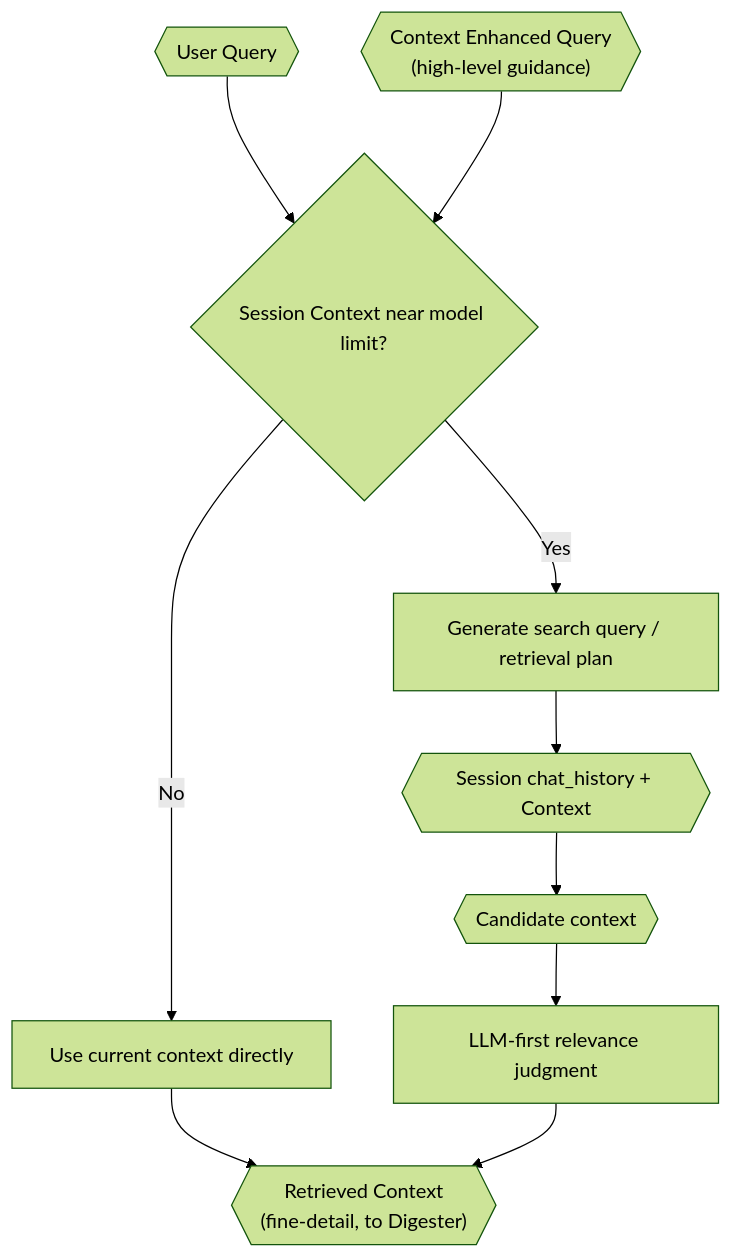
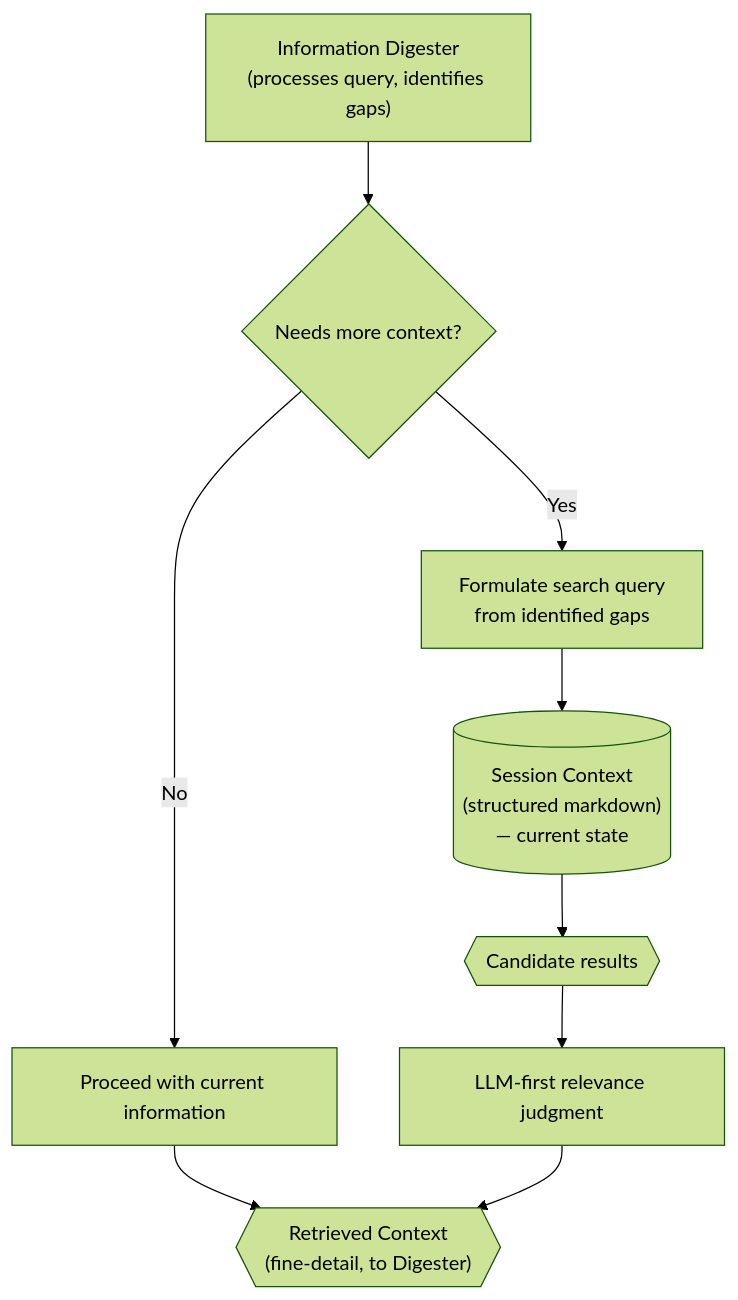
The diagram in src/tinycua/docs/architecture/context-retrieval.md (VJyzCELERY/TINYCUA), drawn with Mermaid (forest theme) before and after one commit. The commit also changed other lines of this file and 6 other files, not shown here.

First line of the commit message:
refactor(docs): separate Enhanced Context Retrieval from Compaction, frame as exploration tool

````diff
--- a/src/tinycua/docs/architecture/context-retrieval.md
+++ b/src/tinycua/docs/architecture/context-retrieval.md
@@ -70,22 +86,20 @@
 ```mermaid
 flowchart TD
-    UQ{{"User Query"}}
-    CEQ_GUIDE{{"Context Enhanced Query\n(high-level guidance)"}}
-    SIZE{"Session Context near model limit?"}
-    DIRECT["Use current context directly"]
-    SEARCH["Generate search query / retrieval plan"]
-    STORE{{"Session chat_history + Context"}}
-    CAND{{"Candidate context"}}
+    DIGESTER["Information Digester\n(processes query, identifies gaps)"]
+    SEARCH_NEED{"Needs more context?"}
+    DIRECT["Proceed with current information"]
+    FORMULATE["Formulate search query\nfrom identified gaps"]
+    SESSION_CTX[("Session Context\n(structured markdown)\n— current state")]
+    CAND{{"Candidate results"}}
     JUDGE["LLM-first relevance judgment"]
     RET_CTX{{"Retrieved Context\n(fine-detail, to Digester)"}}
 
-    UQ --> SIZE
-    CEQ_GUIDE --> SIZE
-    SIZE -->|No| DIRECT
+    DIGESTER --> SEARCH_NEED
+    SEARCH_NEED -->|No| DIRECT
     DIRECT --> RET_CTX
-    SIZE -->|Yes| SEARCH
-    SEARCH --> STORE
-    STORE --> CAND
+    SEARCH_NEED -->|Yes| FORMULATE
+    FORMULATE --> SESSION_CTX
+    SESSION_CTX --> CAND
     CAND --> JUDGE
     JUDGE --> RET_CTX
 ```
````
